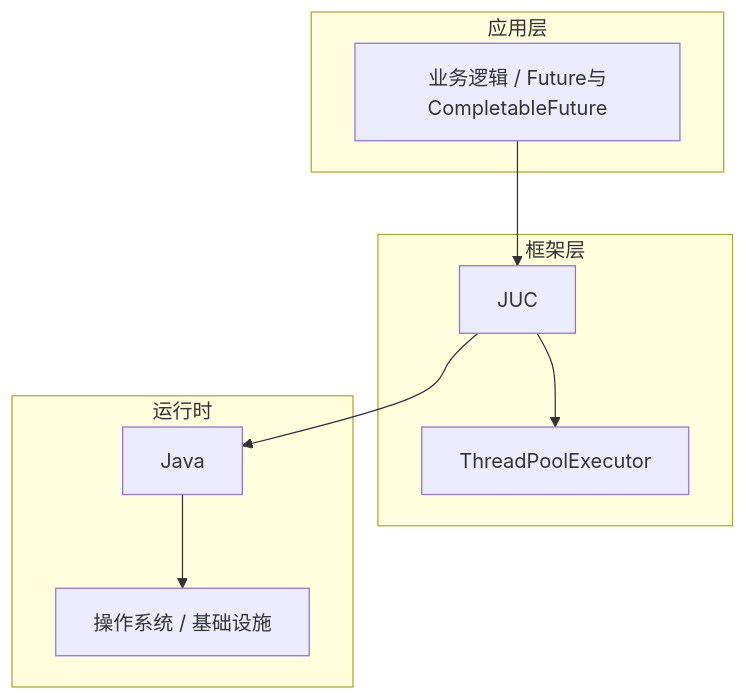
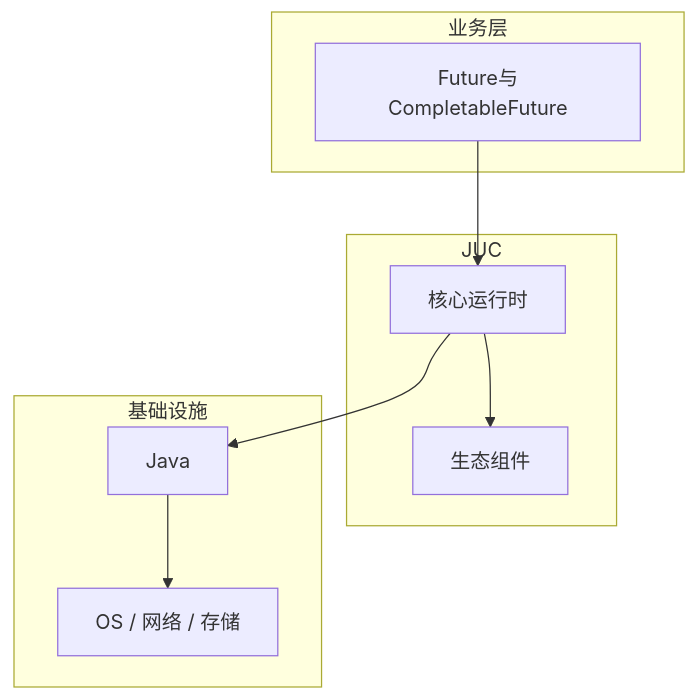
Before and after one commit to yanggan2015/knowledge-json-v2: the diagram in articles/Java并发/chapters/089-Future与CompletableFuture核心概念与原理.md, drawn with Mermaid. The commit also changed other lines of this file and 10127 other files, not shown here.

````diff
--- a/articles/Java并发/chapters/089-Future与CompletableFuture核心概念与原理.md
+++ b/articles/Java并发/chapters/089-Future与CompletableFuture核心概念与原理.md
@@ -45,18 +34,18 @@
 ```mermaid
 graph TB
-    subgraph 应用层
-        A[业务逻辑 / Future与CompletableFuture]
+    subgraph 业务层
+        A[Future与CompletableFuture]
     end
-    subgraph 框架层
-        B[JUC]
-        C[ThreadPoolExecutor]
+    subgraph JUC
+        B[核心运行时]
+        C[生态组件]
     end
-    subgraph 运行时
+    subgraph 基础设施
         D[Java]
-        E[操作系统 / 基础设施]
+        E[OS / 网络 / 存储]
     end
     A --> B
     B --> C
     B --> D
     D --> E
 ```
````
